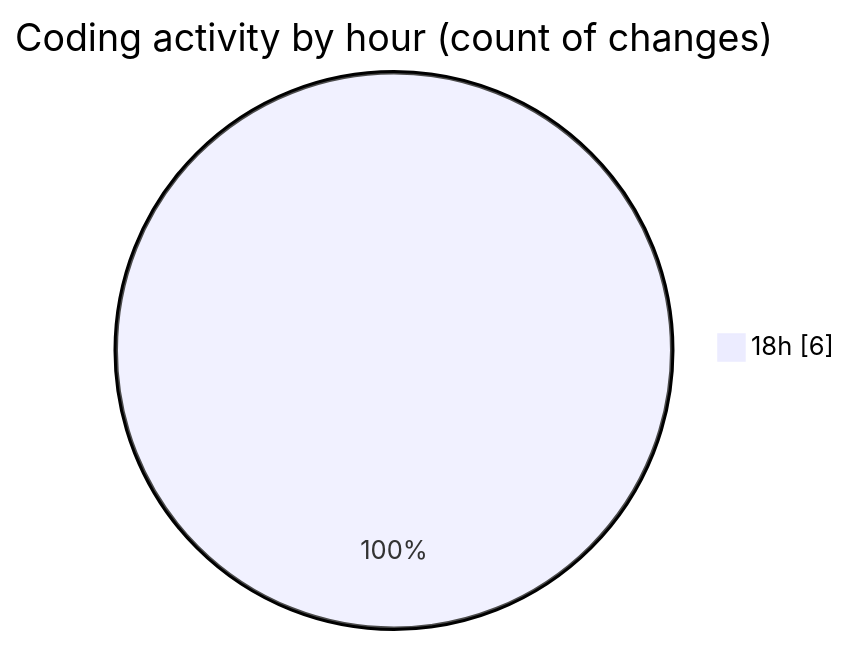
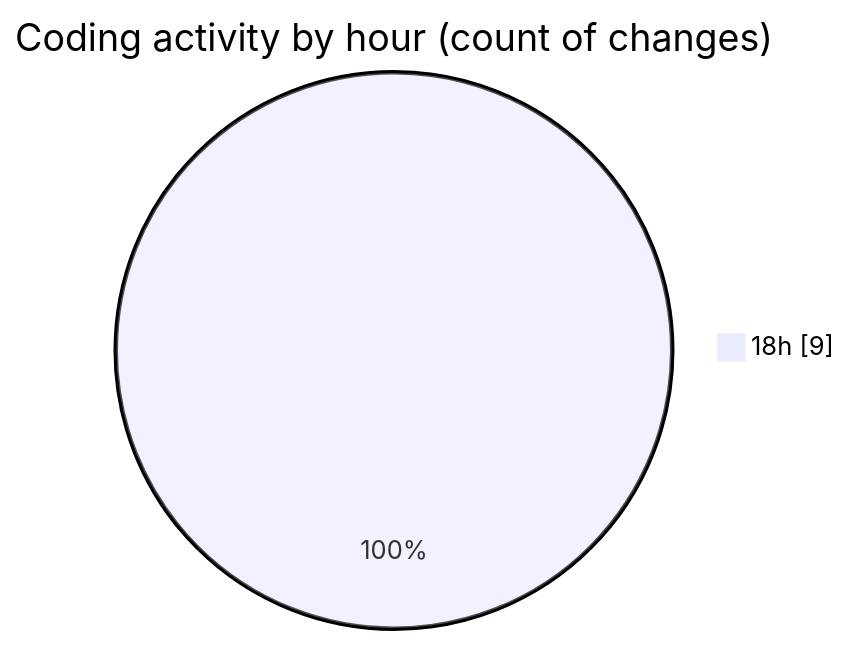
Before and after one commit to EIIisD/code-tracking: the second of 2 diagrams in 2025-08-03/_claude/README.md, drawn with Mermaid. The commit also changed other lines of this file and 1 other file, not shown here.

````diff
--- a/2025-08-03/_claude/README.md
+++ b/2025-08-03/_claude/README.md
@@ -32,5 +35,5 @@
 ```mermaid
 pie showData
 title Coding activity by hour (count of changes)
-"18h" : 6
+"18h" : 9
 ```
````
